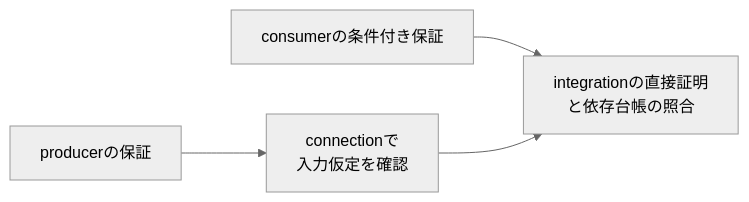
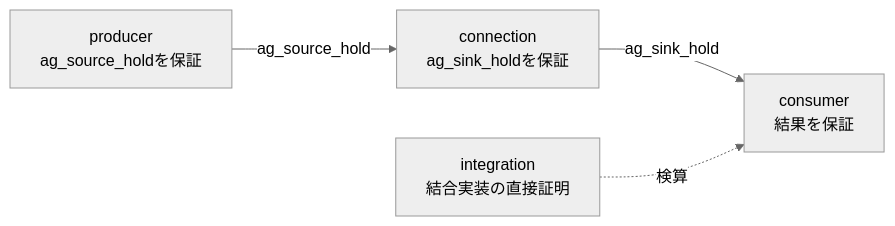
The diagram in examples/local-compositional-formal/README.md (kurochan001/lsi-verification-method), drawn with Mermaid (neutral theme) before and after one commit. The commit also changed other lines of this file and 155 other files, not shown here.

````diff
--- a/examples/local-compositional-formal/README.md
+++ b/examples/local-compositional-formal/README.md
@@ -16,8 +16,8 @@
 ```mermaid
 flowchart LR
-  accTitle: 仮定の成立確認と上位への証明依存
-  accDescr: consumerの証明は保持仮定の下で成立する。producerと実配線のconnection証明でその仮定を確認し、integrationの直接証明と依存関係を照合する。
-  P["producerの保証"] --> C["connectionで<br/>入力仮定を確認"]
-  A["consumerの条件付き保証"] --> I["integrationの直接証明<br/>と依存台帳の照合"]
-  C --> I
+  accTitle: 保持契約の受け渡しと独立した検算
+  accDescr: producerが送信側出口の保持を保証し、connectionがそれを仮定して受信側入口の保持を保証し、consumerがそれを仮定して結果を保証する。integrationは他の証明を使わない直接証明で、合成の結果を検算する。
+  P["producer<br/>ag_source_holdを保証"] -- "ag_source_hold" --> C["connection<br/>ag_sink_holdを保証"]
+  C -- "ag_sink_hold" --> A["consumer<br/>結果を保証"]
+  I["integration<br/>結合実装の直接証明"] -. "検算" .-> A
 ```
````
